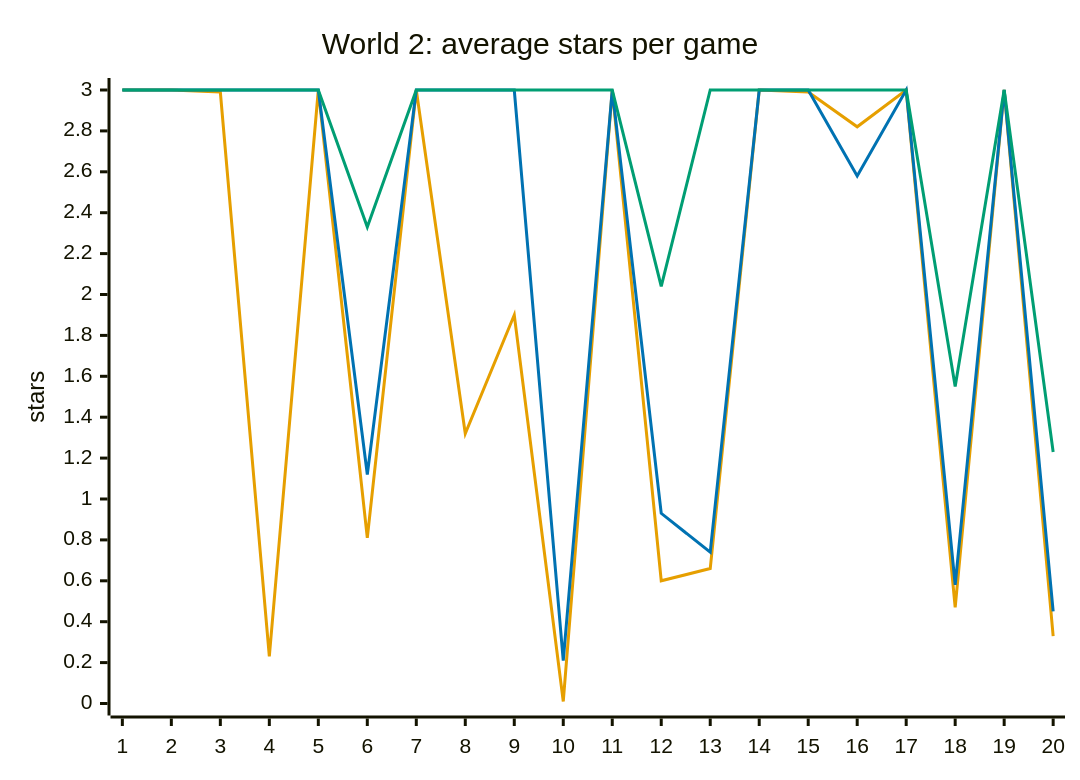
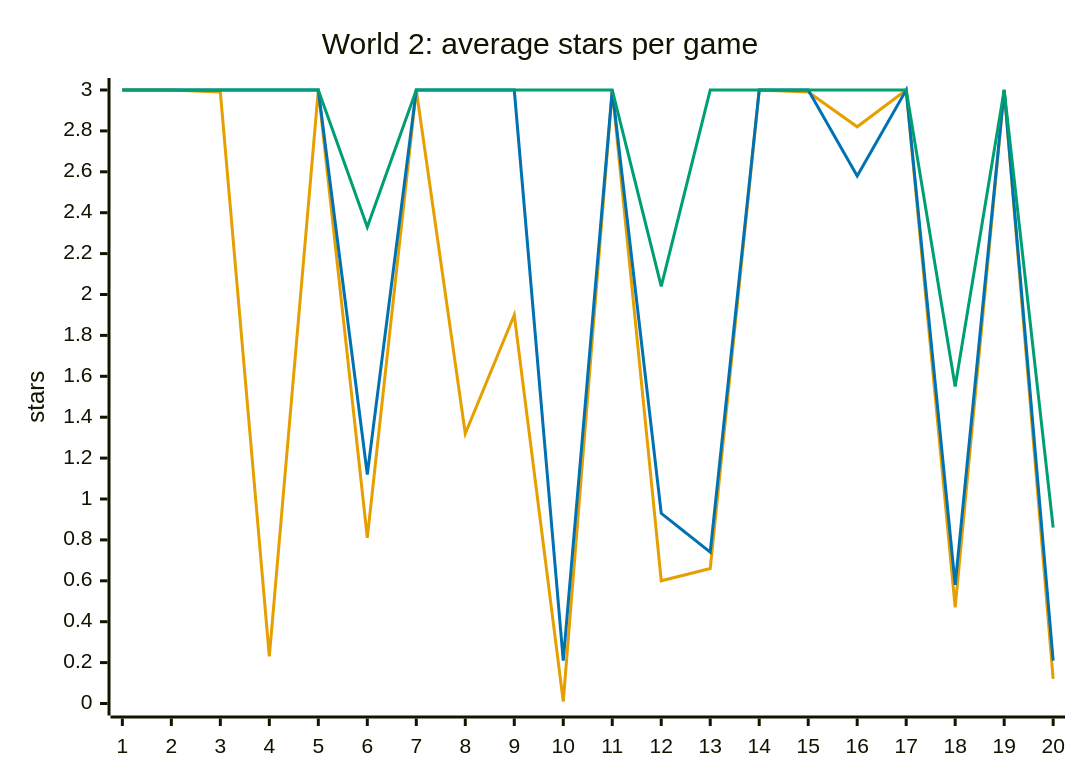
The fourth of 8 diagrams in docs/design/difficulty.md (Pavelya/dots), drawn with Mermaid before and after one commit. The commit also changed other lines of this file and 35 other files, not shown here.

````diff
--- a/docs/design/difficulty.md
+++ b/docs/design/difficulty.md
@@ -192,10 +197,10 @@
 ```mermaid
 %%{init: {"themeVariables": {"xyChart": {"plotColorPalette": "#E69F00, #0072B2, #009E73, #999999"}}}}%%
 xychart-beta
     title "World 2: average stars per game"
     x-axis ["1", "2", "3", "4", "5", "6", "7", "8", "9", "10", "11", "12", "13", "14", "15", "16", "17", "18", "19", "20"]
     y-axis "stars" 0 --> 3
-    line [3.00, 3.00, 2.99, 0.23, 3.00, 0.81, 3.00, 1.32, 1.90, 0.01, 3.00, 0.60, 0.66, 3.00, 2.99, 2.82, 3.00, 0.47, 3.00, 0.33]
-    line [3.00, 3.00, 3.00, 3.00, 3.00, 1.12, 3.00, 3.00, 3.00, 0.21, 3.00, 0.93, 0.74, 3.00, 3.00, 2.58, 3.00, 0.58, 3.00, 0.45]
-    line [3.00, 3.00, 3.00, 3.00, 3.00, 2.33, 3.00, 3.00, 3.00, 3.00, 3.00, 2.04, 3.00, 3.00, 3.00, 3.00, 3.00, 1.55, 3.00, 1.23]
+    line [3.00, 3.00, 2.99, 0.23, 3.00, 0.81, 3.00, 1.32, 1.90, 0.01, 3.00, 0.60, 0.66, 3.00, 2.99, 2.82, 3.00, 0.47, 3.00, 0.12]
+    line [3.00, 3.00, 3.00, 3.00, 3.00, 1.12, 3.00, 3.00, 3.00, 0.21, 3.00, 0.93, 0.74, 3.00, 3.00, 2.58, 3.00, 0.58, 3.00, 0.21]
+    line [3.00, 3.00, 3.00, 3.00, 3.00, 2.33, 3.00, 3.00, 3.00, 3.00, 3.00, 2.04, 3.00, 3.00, 3.00, 3.00, 3.00, 1.55, 3.00, 0.86]
 ```
````
